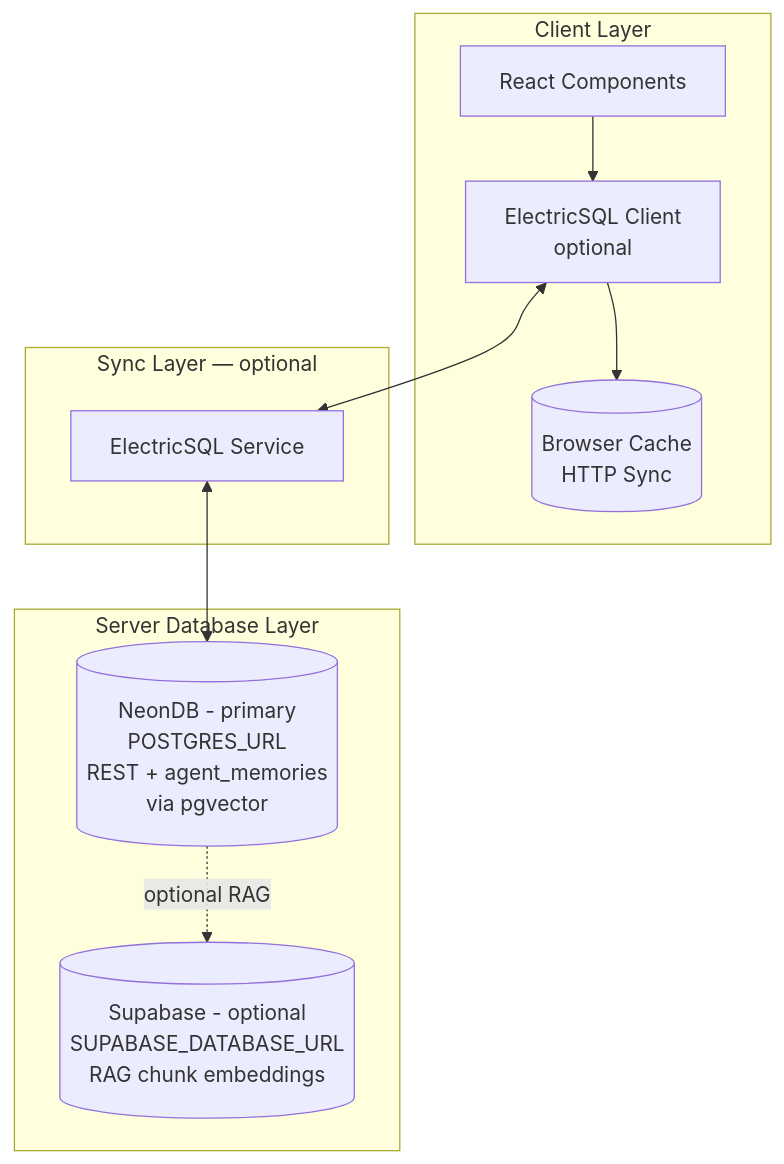
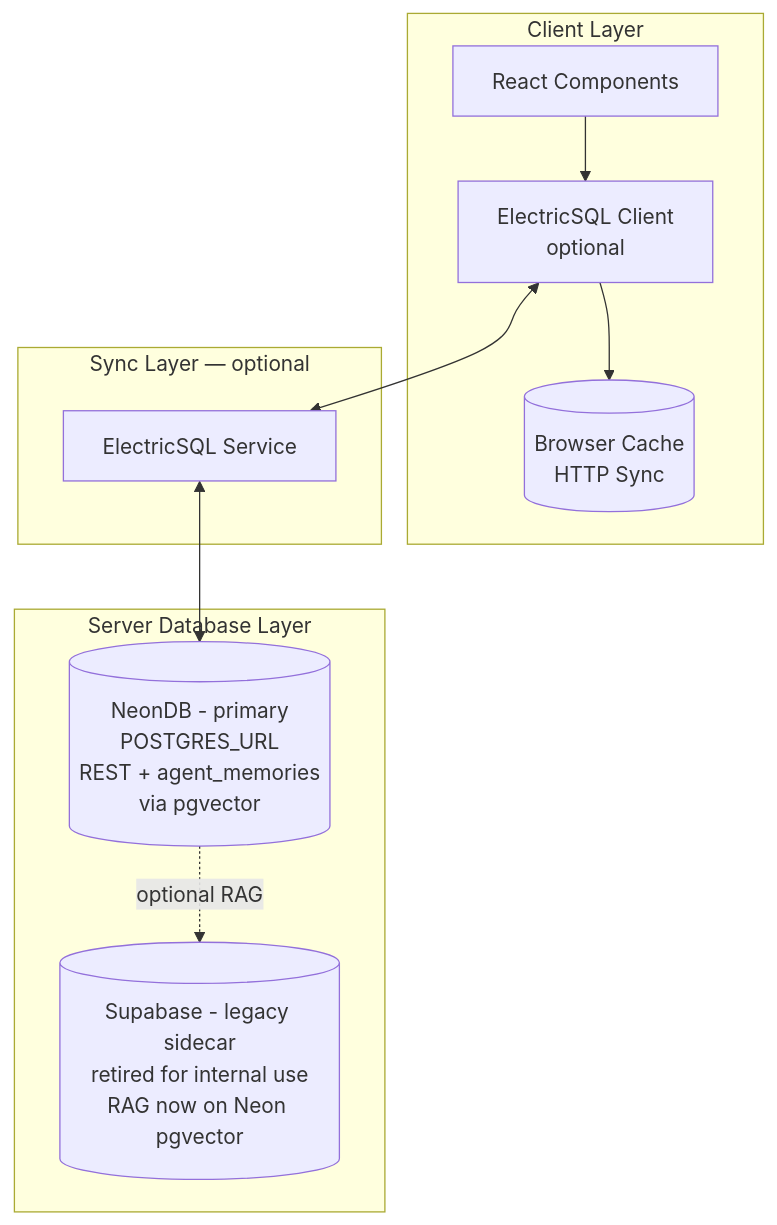
Before and after one commit to RevealUIStudio/revealui: the diagram in docs/ARCHITECTURE.md, drawn with Mermaid.

Commit message:
docs(architecture): mark Supabase node legacy in topology diagram

````diff
--- a/docs/ARCHITECTURE.md
+++ b/docs/ARCHITECTURE.md
@@ -222,23 +222,23 @@
 ```mermaid
 graph TB
     subgraph Client[Client Layer]
         React[React Components]
         ElectricClient[ElectricSQL Client<br/>optional]
         LocalCache[(Browser Cache<br/>HTTP Sync)]
     end
 
     subgraph Sync[Sync Layer — optional]
         ElectricService[ElectricSQL Service]
     end
 
     subgraph Server[Server Database Layer]
         NeonDB[(NeonDB - primary<br/>POSTGRES_URL<br/>REST + agent_memories<br/>via pgvector)]
-        Supabase[(Supabase - optional<br/>SUPABASE_DATABASE_URL<br/>RAG chunk embeddings)]
+        Supabase[(Supabase - legacy sidecar<br/>retired for internal use<br/>RAG now on Neon pgvector)]
     end
 
     React --> ElectricClient
     ElectricClient --> LocalCache
     ElectricClient <--> ElectricService
     ElectricService <--> NeonDB
     NeonDB -.optional RAG.-> Supabase
 ```
````
